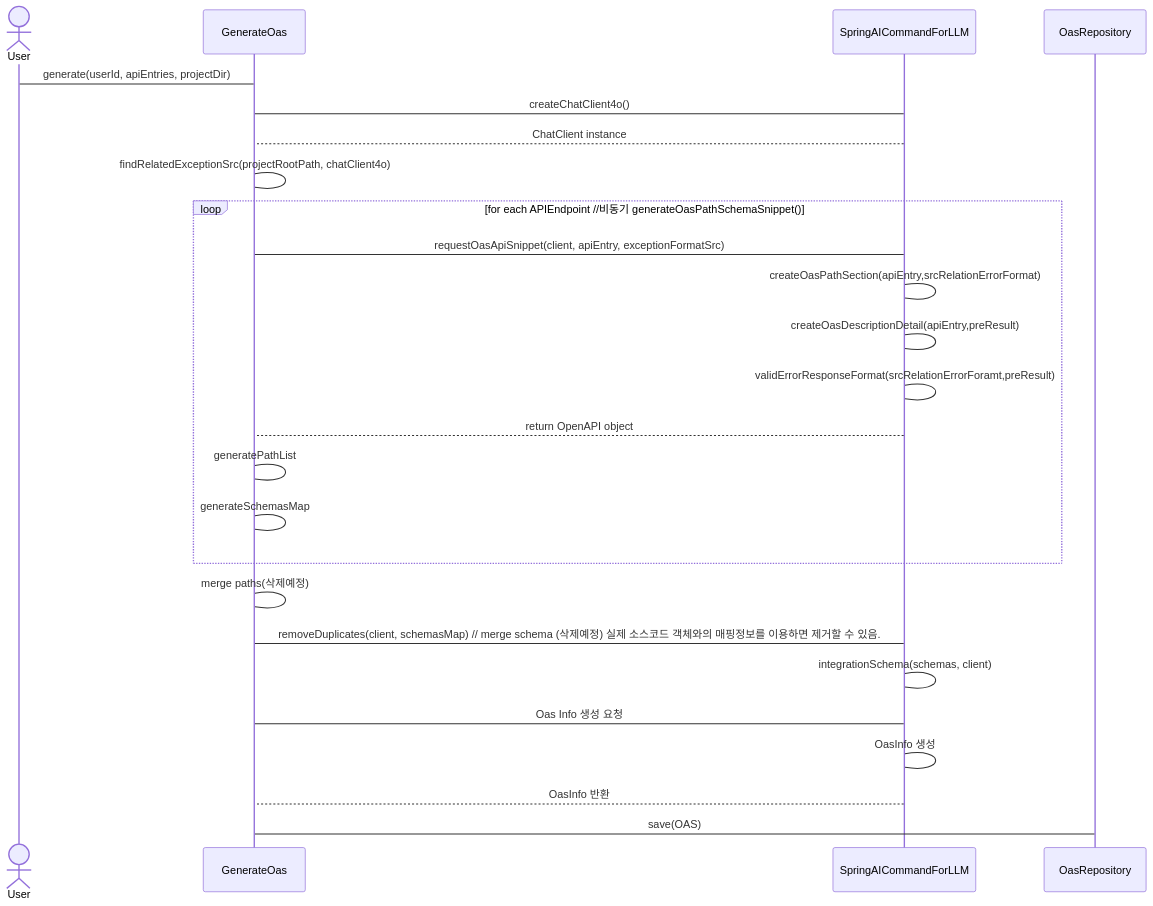
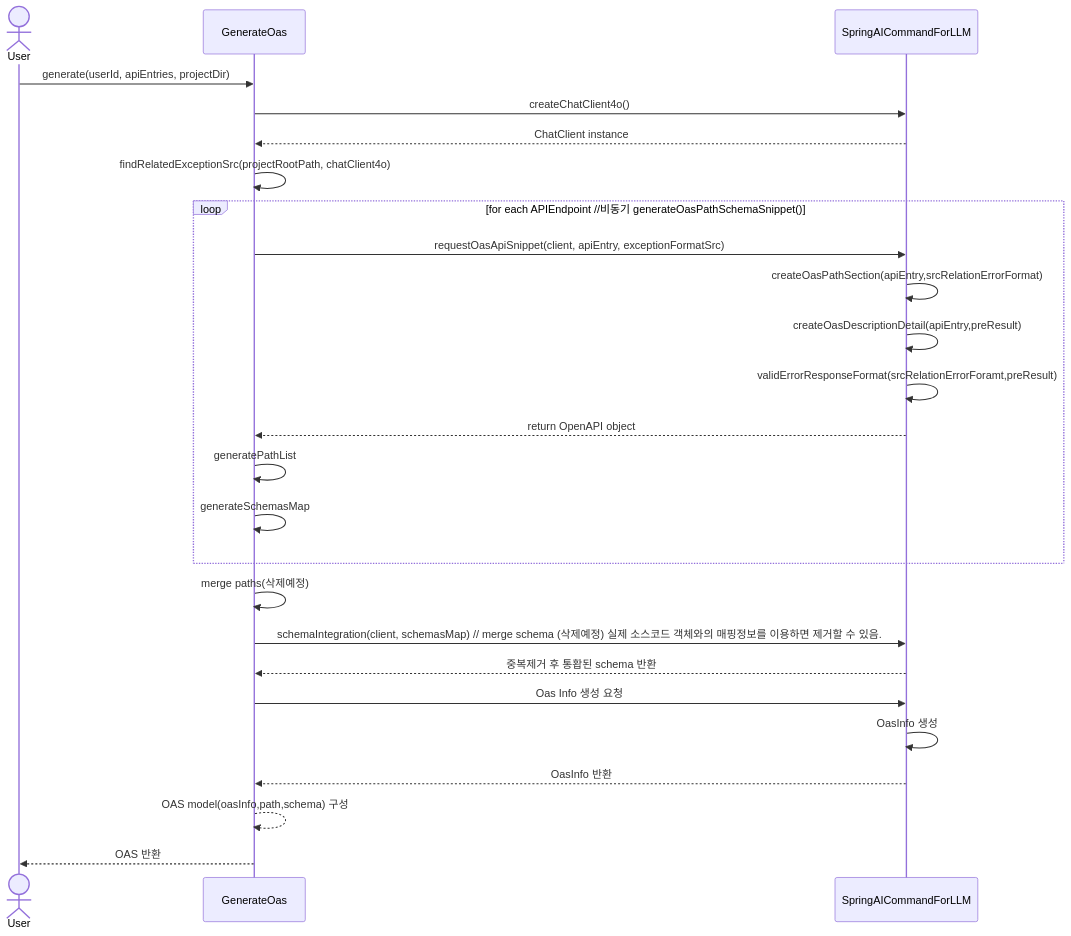
The diagram in src/main/java/com/hocs/server/openai/a_readme/sequenceDiagram.md (APIDOC43/SpringBoot-Saas), drawn with Mermaid before and after one commit. The commit also changed 2 other files, not shown here.

Commit message:
📚DOCS(openai.llm): sequenceDiagram.md 수정

````diff
--- a/src/main/java/com/hocs/server/openai/a_readme/sequenceDiagram.md
+++ b/src/main/java/com/hocs/server/openai/a_readme/sequenceDiagram.md
@@ -1,35 +1,34 @@
 ```mermaid
 sequenceDiagram
 actor User
 
-User -> GenerateOas: generate(userId, apiEntries, projectDir)
-GenerateOas -> SpringAICommandForLLM: createChatClient4o()
-SpringAICommandForLLM --> GenerateOas: ChatClient instance
+User ->> GenerateOas: generate(userId, apiEntries, projectDir)
+GenerateOas ->> SpringAICommandForLLM: createChatClient4o()
+SpringAICommandForLLM -->> GenerateOas: ChatClient instance
 
-GenerateOas -> GenerateOas: findRelatedExceptionSrc(projectRootPath, chatClient4o)
+GenerateOas ->> GenerateOas: findRelatedExceptionSrc(projectRootPath, chatClient4o)
 
 loop for each APIEndpoint //비동기 generateOasPathSchemaSnippet()
-GenerateOas -> SpringAICommandForLLM: requestOasApiSnippet(client, apiEntry, exceptionFormatSrc)
+GenerateOas ->> SpringAICommandForLLM: requestOasApiSnippet(client, apiEntry, exceptionFormatSrc)
 
-SpringAICommandForLLM -> SpringAICommandForLLM: createOasPathSection(apiEntry,srcRelationErrorFormat);
-SpringAICommandForLLM -> SpringAICommandForLLM: createOasDescriptionDetail(apiEntry,preResult);
-SpringAICommandForLLM -> SpringAICommandForLLM: validErrorResponseFormat(srcRelationErrorForamt,preResult);
-SpringAICommandForLLM --> GenerateOas: return OpenAPI object
+SpringAICommandForLLM ->> SpringAICommandForLLM: createOasPathSection(apiEntry,srcRelationErrorFormat);
+SpringAICommandForLLM ->> SpringAICommandForLLM: createOasDescriptionDetail(apiEntry,preResult);
+SpringAICommandForLLM ->> SpringAICommandForLLM: validErrorResponseFormat(srcRelationErrorForamt,preResult);
+SpringAICommandForLLM -->> GenerateOas: return OpenAPI object
 
-GenerateOas -> GenerateOas: generatePathList
-GenerateOas -> GenerateOas: generateSchemasMap
+GenerateOas ->> GenerateOas: generatePathList
+GenerateOas ->> GenerateOas: generateSchemasMap
 
 end
 
-GenerateOas -> GenerateOas: merge paths(삭제예정);
-GenerateOas -> SpringAICommandForLLM: removeDuplicates(client, schemasMap) // merge schema (삭제예정) 실제 소스코드 객체와의 매핑정보를 이용하면 제거할 수 있음. ;
-SpringAICommandForLLM -> SpringAICommandForLLM: integrationSchema(schemas, client) ;
+GenerateOas ->> GenerateOas: merge paths(삭제예정);
+GenerateOas ->> SpringAICommandForLLM: schemaIntegration(client, schemasMap) // merge schema (삭제예정) 실제 소스코드 객체와의 매핑정보를 이용하면 제거할 수 있음. ;
+SpringAICommandForLLM -->> GenerateOas: 중복제거 후 통홥된 schema 반환
 
-GenerateOas -> SpringAICommandForLLM: Oas Info 생성 요청
-SpringAICommandForLLM -> SpringAICommandForLLM: OasInfo 생성
-SpringAICommandForLLM --> GenerateOas: OasInfo 반환
+GenerateOas ->> SpringAICommandForLLM: Oas Info 생성 요청
+SpringAICommandForLLM ->> SpringAICommandForLLM: OasInfo 생성
+SpringAICommandForLLM -->> GenerateOas: OasInfo 반환
 
-GenerateOas -> OasRepository: save(OAS)
-
-
+GenerateOas -->> GenerateOas: OAS model(oasInfo,path,schema) 구성
+GenerateOas -->> User: OAS 반환
 ```
````
